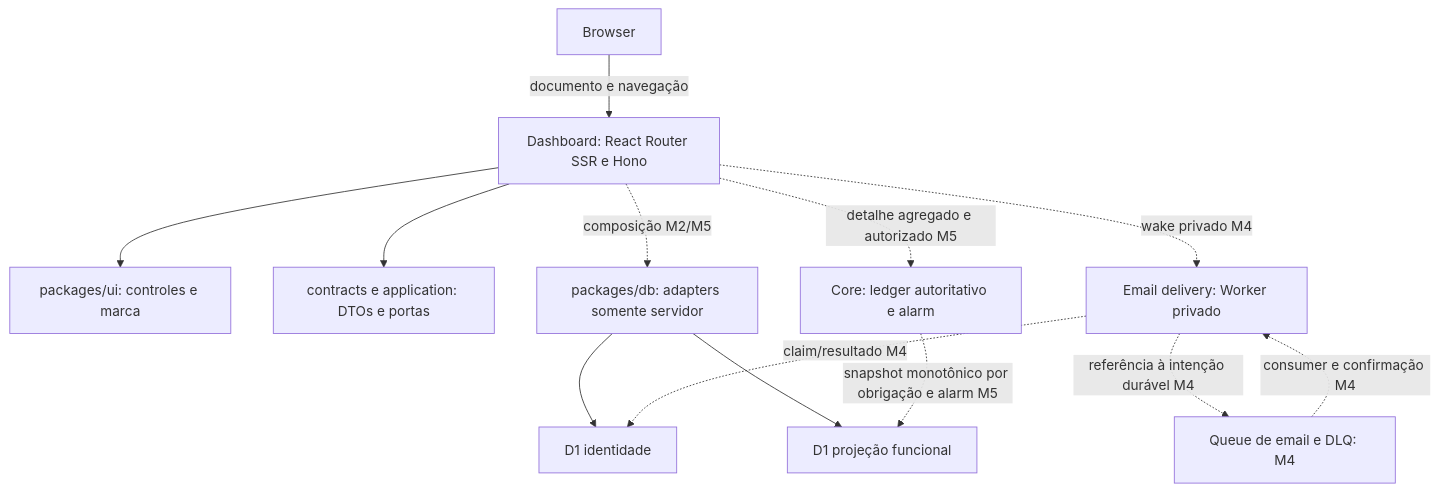
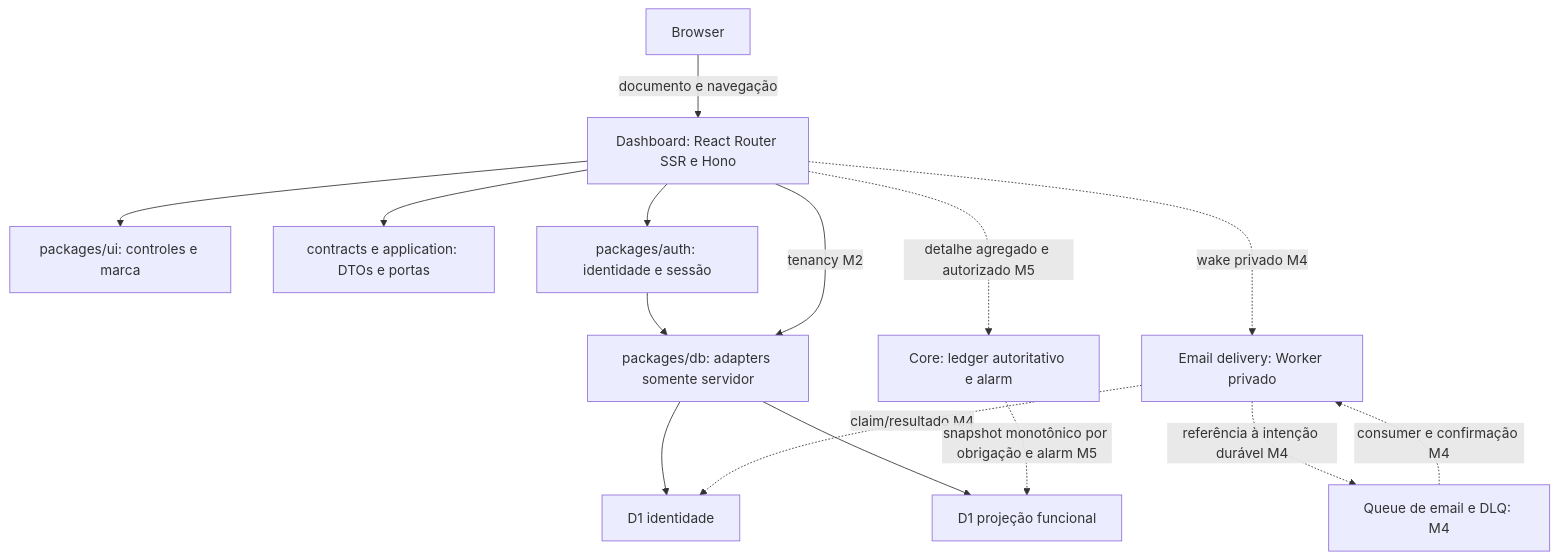
One commit to ThiagoCrepequer/holon changed the diagram in docs/architecture/user-dashboard.md. Above: the diagram before and after it, drawn with Mermaid. The commit also changed other lines of this file and 7 other files, not shown here.

````diff
--- a/docs/architecture/user-dashboard.md
+++ b/docs/architecture/user-dashboard.md
@@ -26,25 +29,28 @@
 ```mermaid
 flowchart TD
   B[Browser]
   D[Dashboard: React Router SSR e Hono]
   U[packages/ui: controles e marca]
   C[contracts e application: DTOs e portas]
   DB[packages/db: adapters somente servidor]
+  A[packages/auth: identidade e sessão]
   I[D1 identidade]
   P[D1 projeção funcional]
   E[Email delivery: Worker privado]
   Q[Queue de email e DLQ: M4]
   L[Core: ledger autoritativo e alarm]
   B -->|documento e navegação| D
   D --> U
   D --> C
-  D -. composição M2/M5 .-> DB
+  D --> A
+  A --> DB
+  D -->|tenancy M2| DB
   DB --> I
   DB --> P
   D -. wake privado M4 .-> E
   E -. referência à intenção durável M4 .-> Q
   Q -. consumer e confirmação M4 .-> E
   E -. claim/resultado M4 .-> I
   L -. snapshot monotônico por obrigação e alarm M5 .-> P
   D -. detalhe agregado e autorizado M5 .-> L
 ```
````
